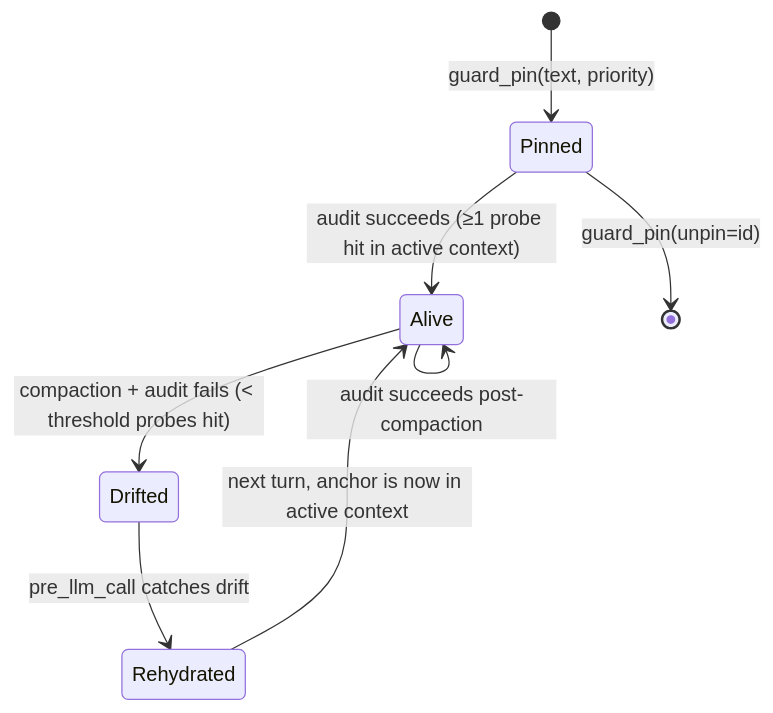
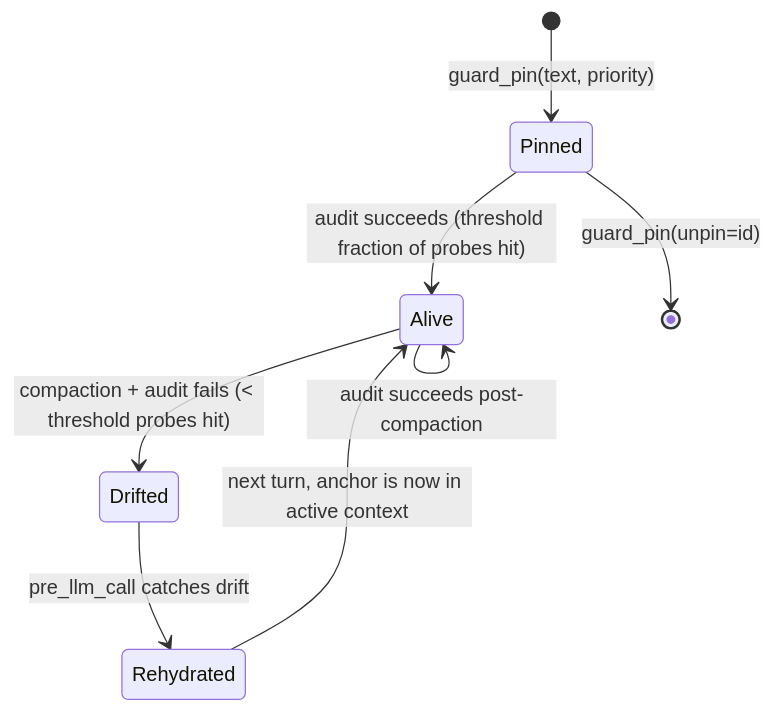
One commit to Sahil-SS9/hermes-memlock changed the second of 2 diagrams in README.md. Above: the diagram before and after it, drawn with Mermaid. The commit also changed other lines of this file and 3 other files, not shown here.

````diff
--- a/README.md
+++ b/README.md
@@ -88,10 +138,10 @@
 ```mermaid
 stateDiagram-v2
     [*] --> Pinned: guard_pin(text, priority)
-    Pinned --> Alive: audit succeeds (≥1 probe hit in active context)
+    Pinned --> Alive: audit succeeds (threshold fraction of probes hit)
     Alive --> Drifted: compaction + audit fails (< threshold probes hit)
     Alive --> Alive: audit succeeds post-compaction
     Drifted --> Rehydrated: pre_llm_call catches drift
     Rehydrated --> Alive: next turn, anchor is now in active context
     Pinned --> [*]: guard_pin(unpin=id)
 ```
````
